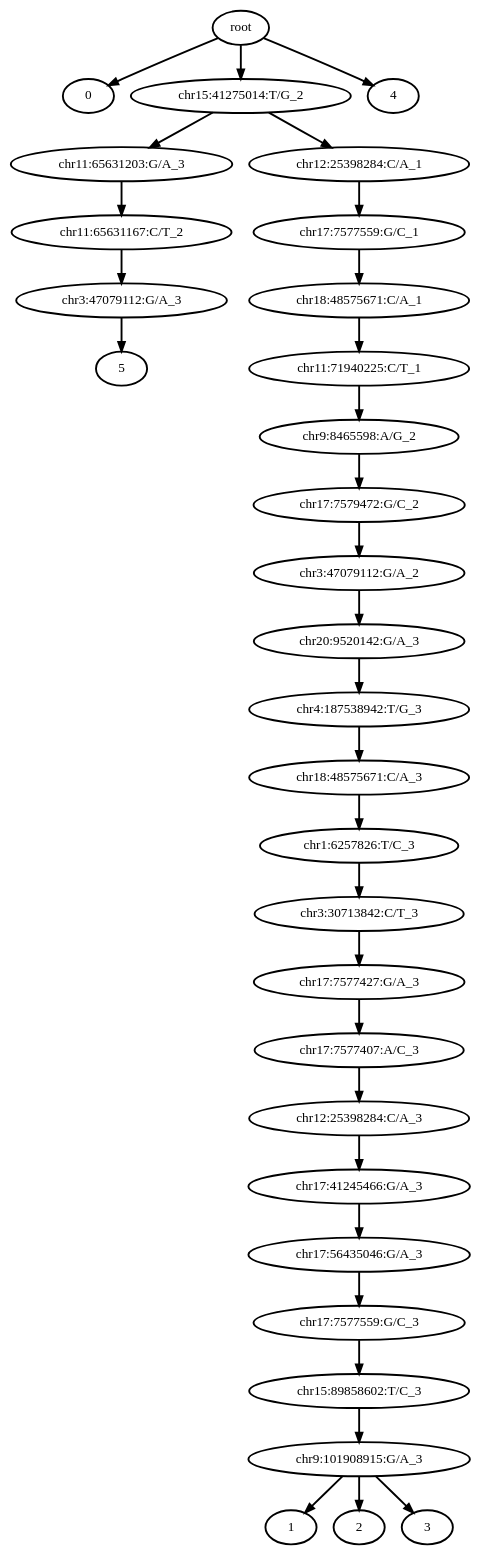
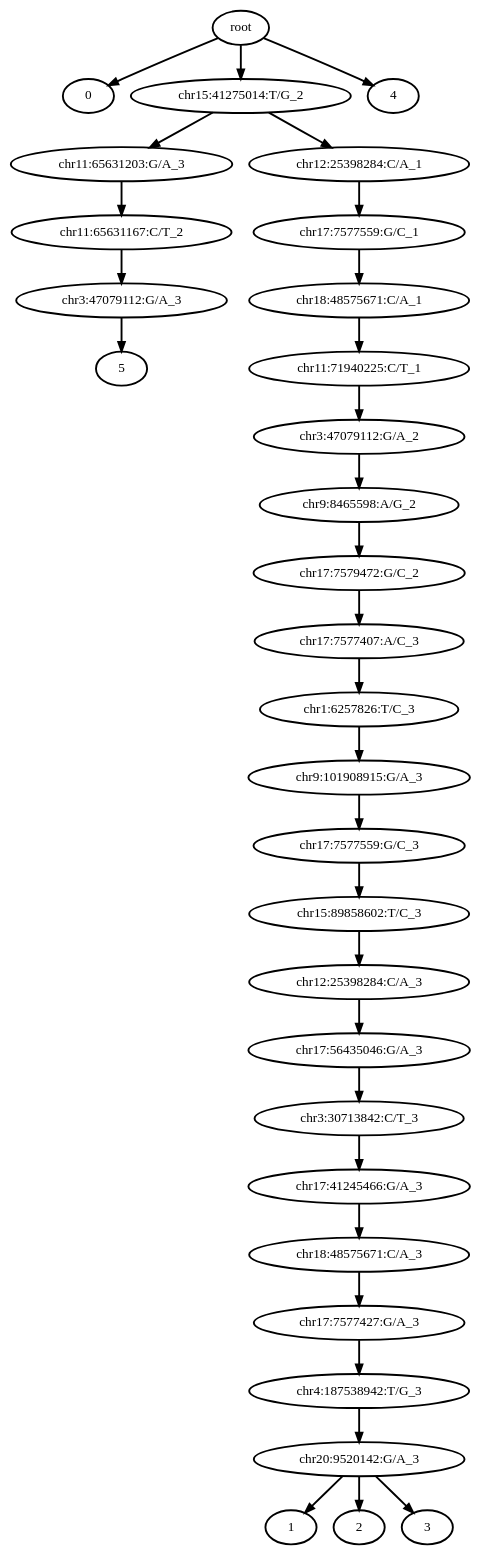
Before and after one commit to haochenz96/Tapestri_main_manuscript_analysis: the diagram in 0_condor_pipeline/condor_outputs/RA19_02/out_tree.dot, drawn with Graphviz. The commit also changed 1647 other files, not shown here.

```diff
--- a/0_condor_pipeline/condor_outputs/RA19_02/out_tree.dot
+++ b/0_condor_pipeline/condor_outputs/RA19_02/out_tree.dot
@@ -1,65 +1,65 @@
 digraph N {
 	overlap="false"
 	rankdir="TB"
 	0 [label="root", style="bold"];
 	1 [label="0", style="bold"];
 	2 [label="chr15:41275014:T/G_2", style="bold"];
 	3 [label="1", style="bold"];
 	4 [label="2", style="bold"];
 	5 [label="3", style="bold"];
 	6 [label="4", style="bold"];
 	7 [label="chr11:65631203:G/A_3", style="bold"];
 	8 [label="chr11:65631167:C/T_2", style="bold"];
 	9 [label="chr3:47079112:G/A_3", style="bold"];
 	10 [label="5", style="bold"];
-	11 [label="chr9:8465598:A/G_2", style="bold"];
-	12 [label="chr17:7579472:G/C_2", style="bold"];
-	13 [label="chr3:47079112:G/A_2", style="bold"];
-	14 [label="chr20:9520142:G/A_3", style="bold"];
-	15 [label="chr4:187538942:T/G_3", style="bold"];
-	16 [label="chr18:48575671:C/A_3", style="bold"];
-	17 [label="chr1:6257826:T/C_3", style="bold"];
-	18 [label="chr3:30713842:C/T_3", style="bold"];
-	19 [label="chr17:7577427:G/A_3", style="bold"];
-	20 [label="chr17:7577407:A/C_3", style="bold"];
-	21 [label="chr12:25398284:C/A_3", style="bold"];
+	11 [label="chr3:47079112:G/A_2", style="bold"];
+	12 [label="chr9:8465598:A/G_2", style="bold"];
+	13 [label="chr17:7579472:G/C_2", style="bold"];
+	14 [label="chr17:7577407:A/C_3", style="bold"];
+	15 [label="chr1:6257826:T/C_3", style="bold"];
+	16 [label="chr9:101908915:G/A_3", style="bold"];
+	17 [label="chr17:7577559:G/C_3", style="bold"];
+	18 [label="chr15:89858602:T/C_3", style="bold"];
+	19 [label="chr12:25398284:C/A_3", style="bold"];
+	20 [label="chr17:56435046:G/A_3", style="bold"];
+	21 [label="chr3:30713842:C/T_3", style="bold"];
 	22 [label="chr17:41245466:G/A_3", style="bold"];
-	23 [label="chr17:56435046:G/A_3", style="bold"];
-	24 [label="chr17:7577559:G/C_3", style="bold"];
-	25 [label="chr15:89858602:T/C_3", style="bold"];
-	26 [label="chr9:101908915:G/A_3", style="bold"];
+	23 [label="chr18:48575671:C/A_3", style="bold"];
+	24 [label="chr17:7577427:G/A_3", style="bold"];
+	25 [label="chr4:187538942:T/G_3", style="bold"];
+	26 [label="chr20:9520142:G/A_3", style="bold"];
 	27 [label="chr12:25398284:C/A_1", style="bold"];
 	28 [label="chr17:7577559:G/C_1", style="bold"];
 	29 [label="chr18:48575671:C/A_1", style="bold"];
 	30 [label="chr11:71940225:C/T_1", style="bold"];
 	0 -> 1 [style="bold"];
 	0 -> 2 [style="bold"];
 	0 -> 6 [style="bold"];
 	2 -> 7 [style="bold"];
 	2 -> 27 [style="bold"];
 	7 -> 8 [style="bold"];
 	8 -> 9 [style="bold"];
 	9 -> 10 [style="bold"];
 	11 -> 12 [style="bold"];
 	12 -> 13 [style="bold"];
 	13 -> 14 [style="bold"];
 	14 -> 15 [style="bold"];
 	15 -> 16 [style="bold"];
 	16 -> 17 [style="bold"];
 	17 -> 18 [style="bold"];
 	18 -> 19 [style="bold"];
 	19 -> 20 [style="bold"];
 	20 -> 21 [style="bold"];
 	21 -> 22 [style="bold"];
 	22 -> 23 [style="bold"];
 	23 -> 24 [style="bold"];
 	24 -> 25 [style="bold"];
 	25 -> 26 [style="bold"];
 	26 -> 3 [style="bold"];
 	26 -> 4 [style="bold"];
 	26 -> 5 [style="bold"];
 	27 -> 28 [style="bold"];
 	28 -> 29 [style="bold"];
 	29 -> 30 [style="bold"];
 	30 -> 11 [style="bold"];
 }
```
